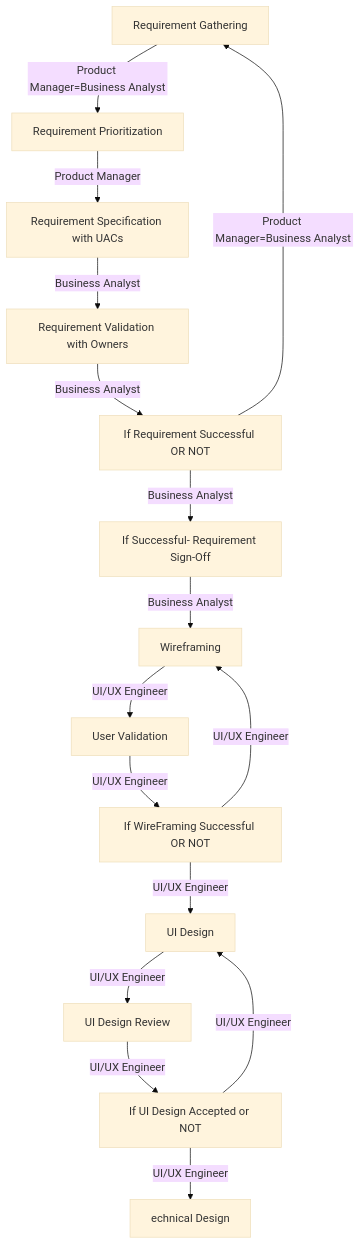
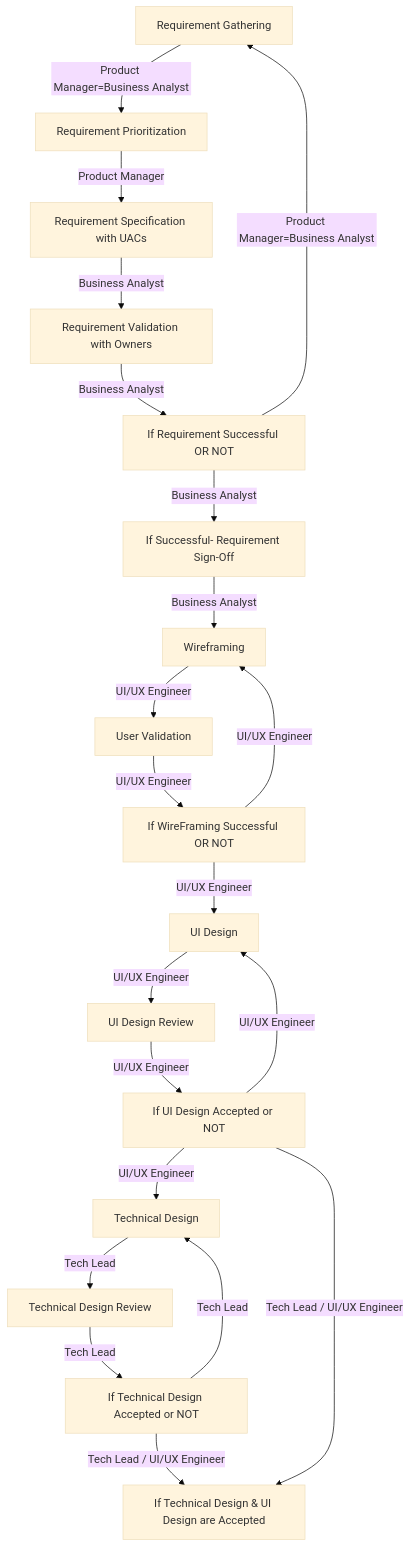
One commit to utpal-maiti/utpal-maiti changed the second of 2 diagrams in InterviewQuestionsAnswers/SDLC/README.md. Above: the diagram before and after it, drawn with Mermaid (base theme).

````diff
--- a/InterviewQuestionsAnswers/SDLC/README.md
+++ b/InterviewQuestionsAnswers/SDLC/README.md
@@ -23,24 +23,31 @@
 ```mermaid
 flowchart TD
     1[Requirement Gathering] -->|   Product Manager=Business Analyst     | 2[Requirement Prioritization]
     2[Requirement Prioritization] -->|  Product Manager   | 3[Requirement Specification with UACs]
     3[Requirement Specification with UACs] -->| Business Analyst | 4[Requirement Validation with Owners]
     4[Requirement Validation with Owners] -->| Business Analyst | 5[If Requirement Successful OR NOT]
     5[If Requirement Successful OR NOT] -->|  Product Manager=Business Analyst          | 1[Requirement Gathering]
     5[If Requirement Successful OR NOT] -->|   Business Analyst          | 6[If Successful- Requirement Sign-Off]
     6[If Successful- Requirement Sign-Off] -->|   Business Analyst          | 7[Wireframing]
 
     7[Wireframing] -->|   UI/UX Engineer          | 8[User Validation]
     8[User Validation] -->|   UI/UX Engineer          | 9[If WireFraming Successful OR NOT]
     9[If WireFraming Successful OR NOT]  -->|   UI/UX Engineer          | 7[Wireframing]
     9[If WireFraming Successful OR NOT] -->|   UI/UX Engineer          | 10[UI Design]
 
     10[UI Design] -->|   UI/UX Engineer          | 11[UI Design Review]
     11 -->|   UI/UX Engineer          | 12[If UI Design Accepted or NOT]
     12 -->|   UI/UX Engineer          | 10[UI Design]
-    12 -->|   UI/UX Engineer          | 13[echnical Design]
+    12 -->|   UI/UX Engineer          | 13[Technical Design]
+
+    13 -->|   Tech Lead          | 14[Technical Design Review]
+    14 -->|   Tech Lead          | 15[If Technical Design Accepted or NOT]
+    15 -->|   Tech Lead          | 13[Technical Design]
+
+    15 -->|   Tech Lead / UI/UX Engineer          | 16[If Technical Design & UI Design are Accepted]
+    12 -->|   Tech Lead / UI/UX Engineer          | 16[If Technical Design & UI Design are Accepted]
 
 
 
 
 ```
````
